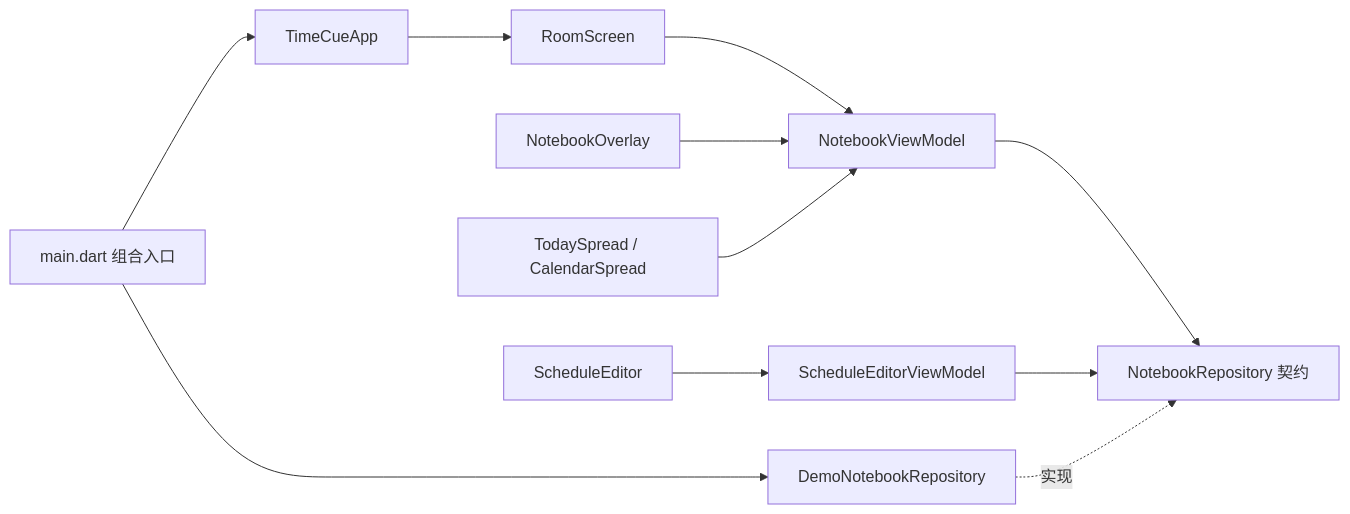
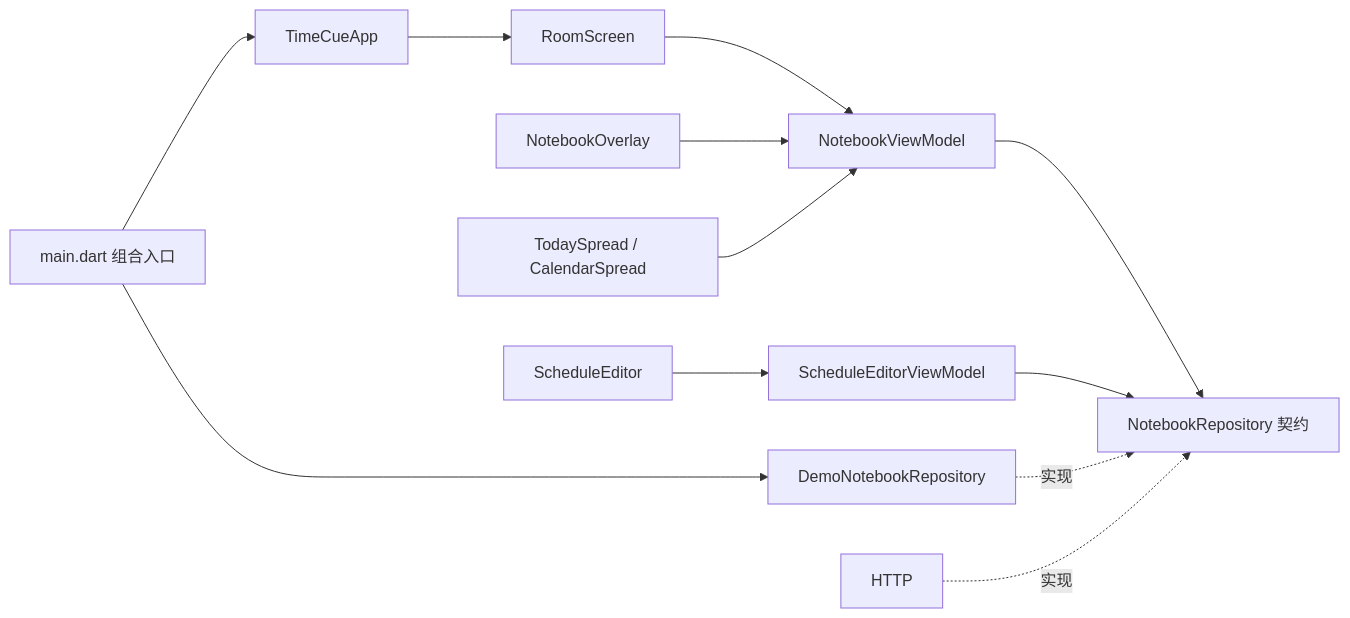
The diagram in desktop/README.md (dengweitian0-svg/TimeCue), drawn with Mermaid before and after one commit. The commit also changed other lines of this file and 9 other files, not shown here.

````diff
--- a/desktop/README.md
+++ b/desktop/README.md
@@ -50,13 +87,14 @@
 ```mermaid
 flowchart LR
   Main[main.dart 组合入口] --> Demo[DemoNotebookRepository]
   Main --> App[TimeCueApp]
   App --> Room[RoomScreen]
   Room --> VM[NotebookViewModel]
   Overlay[NotebookOverlay] --> VM
   Spreads[TodaySpread / CalendarSpread] --> VM
   Editor[ScheduleEditor] --> EVM[ScheduleEditorViewModel]
   VM --> Contract[NotebookRepository 契约]
   EVM --> Contract
   Demo -.实现.-> Contract
+  HTTP -.实现.-> Contract
 ```
````
